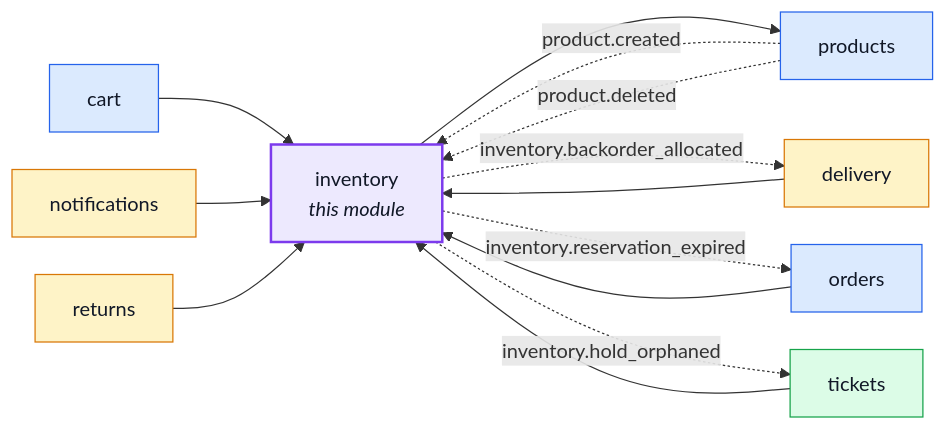
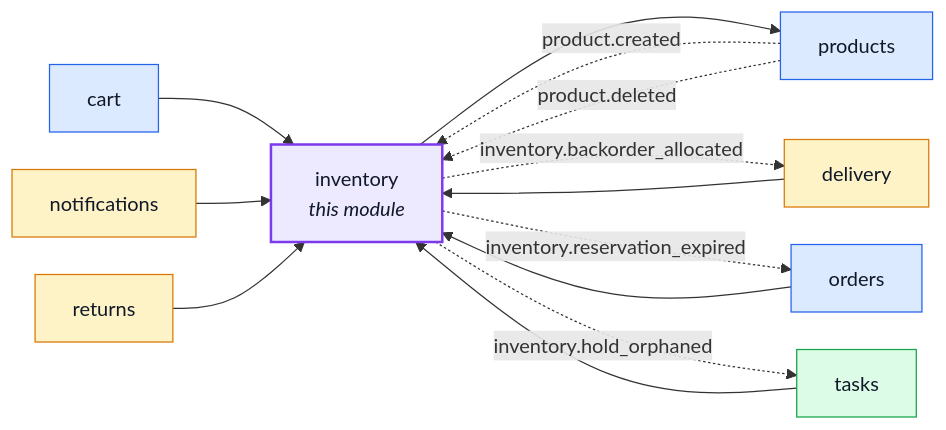
One commit to Guebbit/boilerplate-node-backend changed the first of 2 diagrams in docs/modules/inventory.md. Above: the diagram before and after it, drawn with Mermaid. The commit also changed 251 other files, not shown here.

First line of the commit message:
refactor(tasks)!: rename the tickets module to tasks, contract included

````diff
--- a/docs/modules/inventory.md
+++ b/docs/modules/inventory.md
@@ -18,34 +18,34 @@
 ```mermaid
 %%{init: {'flowchart': {'nodeSpacing': 30, 'rankSpacing': 60}}}%%
 flowchart LR
     inventory["inventory<br/><i>this module</i>"]
     cart["cart"]
     delivery["delivery"]
     notifications["notifications"]
     orders["orders"]
     products["products"]
     returns["returns"]
-    tickets["tickets"]
+    tasks["tasks"]
 
     cart --> inventory
     delivery --> inventory
     notifications --> inventory
     orders --> inventory
     returns --> inventory
-    tickets --> inventory
+    tasks --> inventory
     inventory --> products
     products -. "product.created" .-> inventory
     products -. "product.deleted" .-> inventory
     inventory -. "inventory.backorder_allocated" .-> delivery
     inventory -. "inventory.reservation_expired" .-> orders
-    inventory -. "inventory.hold_orphaned" .-> tickets
+    inventory -. "inventory.hold_orphaned" .-> tasks
 
     classDef core fill:#dbeafe,stroke:#2563eb,color:#111827;
     classDef supporting fill:#fef3c7,stroke:#d97706,color:#111827;
     classDef generic fill:#dcfce7,stroke:#16a34a,color:#111827;
     classDef centre fill:#ede9fe,stroke:#7c3aed,stroke-width:2px,color:#111827;
     class cart,orders,products core;
     class delivery,notifications,returns supporting;
-    class tickets generic;
+    class tasks generic;
     class inventory centre;
 ```
````
